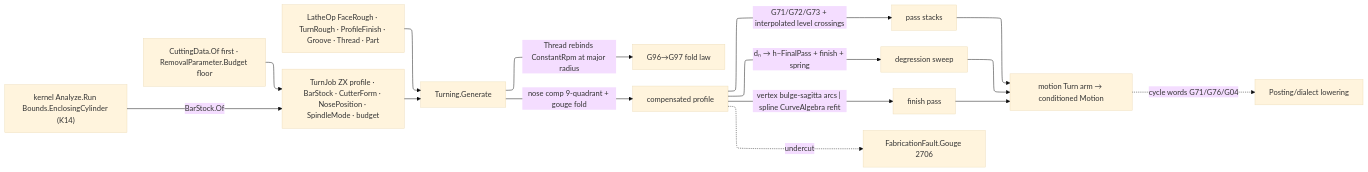
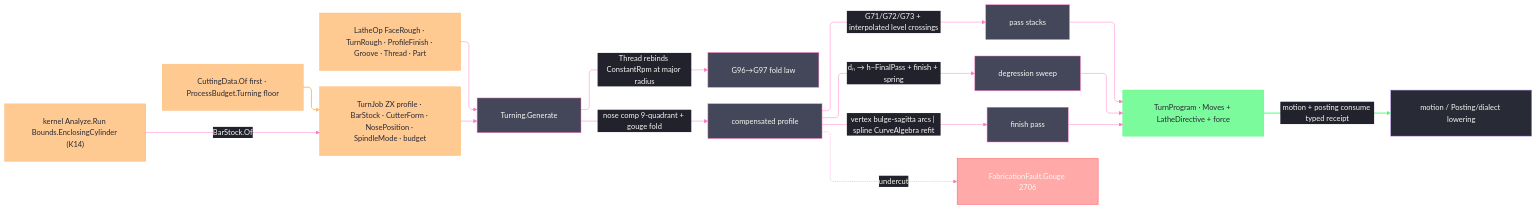
Before and after one commit to bsamiee/Rasm: the diagram in libs/csharp/Rasm.Fabrication/.planning/Toolpath/turning.md, drawn with Mermaid. The commit also changed other lines of this file and 128 other files, not shown here.

````diff
--- a/libs/csharp/Rasm.Fabrication/.planning/Toolpath/turning.md
+++ b/libs/csharp/Rasm.Fabrication/.planning/Toolpath/turning.md
@@ -301,22 +470,54 @@
 ```mermaid
 ---
 config:
+  theme: base
+  look: classic
   layout: elk
-  theme: base
+  flowchart:
+    curve: linear
+    padding: 25
+  themeVariables:
+    darkMode: true
+    fontFamily: "SF Mono, Menlo, Cascadia Mono, Segoe UI Mono, Consolas, monospace"
+    useGradient: false
+    dropShadow: "none"
+    background: "#282A36"
+    primaryColor: "#44475A"
+    primaryTextColor: "#F8F8F2"
+    primaryBorderColor: "#BD93F9"
+    lineColor: "#FF79C6"
+    textColor: "#F8F8F2"
+    edgeLabelBackground: "#21222C"
+    labelBackgroundColor: "#21222C"
+  themeCSS: ".nodeLabel{font-size:13px;font-weight:500}.edgeLabel{font-size:12px;font-weight:500}.cluster-label .nodeLabel{font-size:13.5px;font-weight:700;letter-spacing:.08em}.edge-thickness-normal{stroke-width:2px}.edge-thickness-thick{stroke-width:3px}.edge-pattern-dashed,.edge-pattern-dotted{stroke-width:1.5px;stroke-dasharray:4 6}.node rect,.node circle,.node polygon,.node path,.node .outer-path{stroke-width:1.5px;filter:none!important}.cluster rect{stroke-width:1px!important;stroke-dasharray:5 4!important;filter:none!important}.marker path{transform:scale(.8);transform-origin:5px 5px}.marker circle{transform:scale(.48);transform-origin:5px 5px}.edgeLabel rect{transform-box:fill-box;transform-origin:center;transform:scale(1.1,1.2)}"
 ---
 flowchart LR
+    accTitle: Turning program generation
+    accDescr: Turning.Generate emits admitted moves with indexed dwell and spindle-synchronization directives.
     Op["LatheOp FaceRough · TurnRough · ProfileFinish · Groove · Thread · Part"] --> Gen["Turning.Generate"]
     Job["TurnJob ZX profile · BarStock · CutterForm · NosePosition · SpindleMode · budget"] --> Gen
     Stock["kernel Analyze.Run Bounds.EnclosingCylinder (K14)"] -->|BarStock.Of| Job
-    Data["CuttingData.Of first · RemovalParameter.Budget floor"] --> Job
+    Data["CuttingData.Of first · ProcessBudget.Turning floor"] --> Job
     Gen -->|"Thread rebinds ConstantRpm at major radius"| Spindle["G96→G97 fold law"]
     Gen -->|nose comp 9-quadrant + gouge fold| Comp["compensated profile"]
     Comp -->|"G71/G72/G73 + interpolated level crossings"| Stack["pass stacks"]
     Comp -->|"dₙ → h−FinalPass + finish + spring"| Thread["degression sweep"]
     Comp -->|"vertex bulge-sagitta arcs | spline CurveAlgebra refit"| Finish["finish pass"]
-    Stack --> Motion["motion Turn arm → conditioned Motion"]
-    Thread --> Motion
-    Finish --> Motion
+    Stack --> Program["TurnProgram · Moves + LatheDirective + force"]
+    Thread --> Program
+    Finish --> Program
     Comp -.->|undercut| Gouge["FabricationFault.Gouge 2706"]
-    Motion -.->|"cycle words G71/G76/G04"| Dialect["Posting/dialect lowering"]
+    Program -->|"motion + posting consume typed receipt"| Dialect["motion / Posting/dialect lowering"]
+    class Op,Job,Stock,Data data
+    class Gen,Spindle,Comp,Stack,Thread,Finish primary
+    class Program success
+    class Dialect boundary
+    class Gouge error
+    classDef primary fill:#44475A,stroke:#FF79C6,color:#F8F8F2
+    classDef success fill:#50FA7BBF,stroke:#50FA7B,color:#282A36
+    classDef data fill:#FFB86CBF,stroke:#FFB86C,color:#282A36
+    classDef boundary fill:#282A36,stroke:#BD93F9,color:#F8F8F2
+    classDef error fill:#FF555580,stroke:#FF5555,color:#F8F8F2
+    linkStyle 3 stroke:#FFB86C,stroke-width:2px
+    linkStyle 13 stroke:#50FA7B,stroke-width:2px
 ```
````
